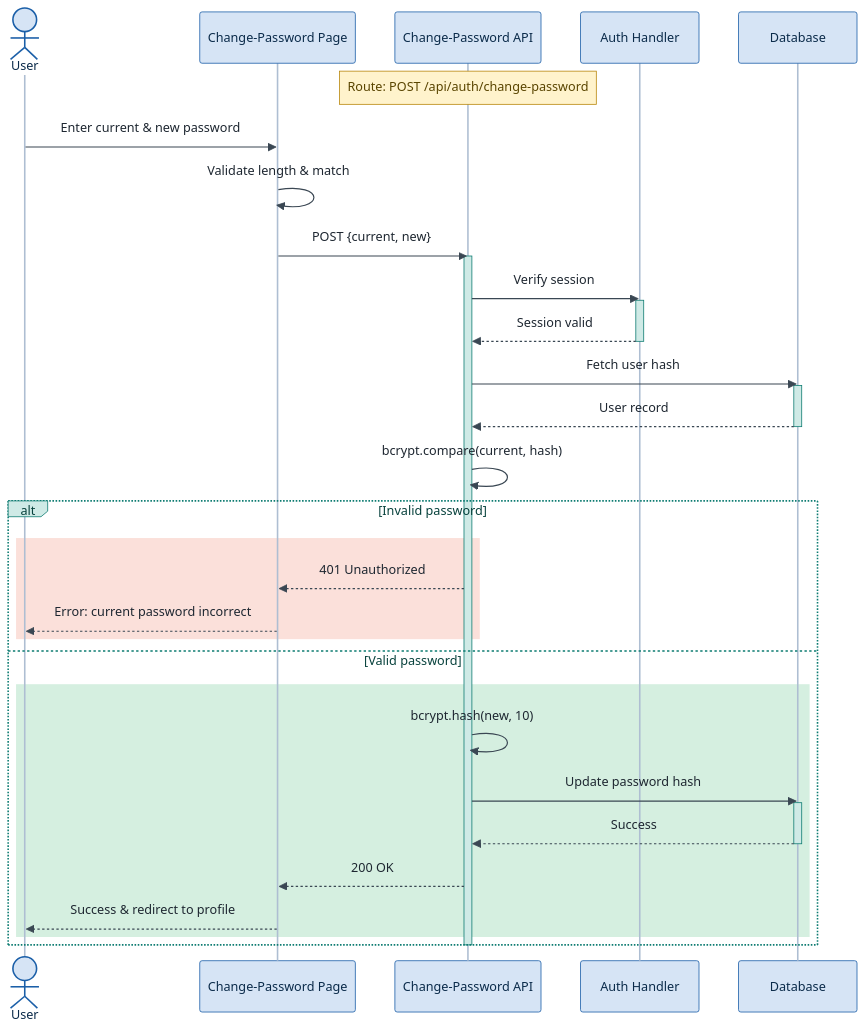
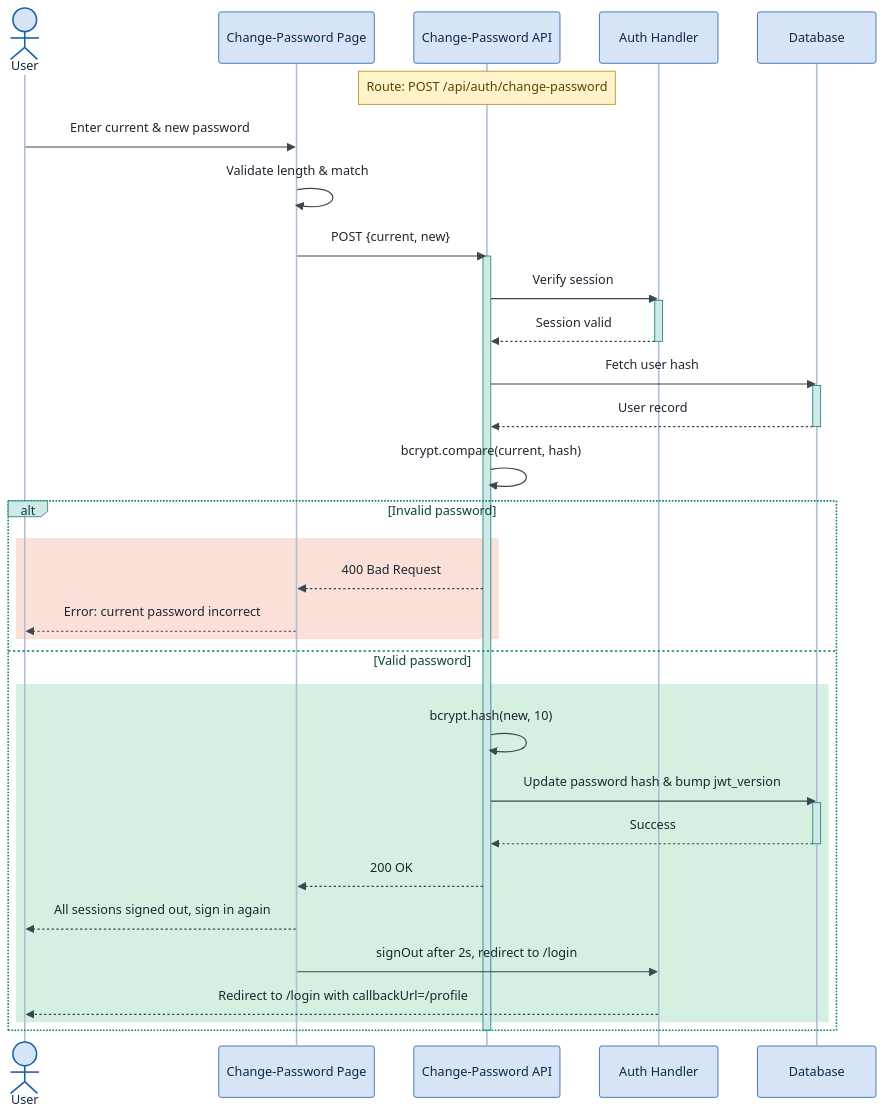
The diagram in docs/source/appendix/password_change_feature.rst (KennyGraham1/catalogofcatalogs), drawn with Mermaid before and after one commit. The commit also changed other lines of this file and 396 other files, not shown here.

```diff
--- a/docs/source/appendix/password_change_feature.rst
+++ b/docs/source/appendix/password_change_feature.rst
@@ -16,45 +16,47 @@
 .. mermaid::
    :align: center
 
    %%{init: {"theme":"base","themeVariables":{"fontFamily":"Inter, \"Helvetica Neue\", Arial, sans-serif","fontSize":"14px","actorBkg":"#D6E4F5","actorBorder":"#1B5FA8","actorTextColor":"#0B2B4A","actorLineColor":"#AEBED2","signalColor":"#3A4753","signalTextColor":"#1E2731","labelBoxBkgColor":"#CFEAE6","labelBoxBorderColor":"#0E7C72","labelTextColor":"#08423D","loopTextColor":"#08423D","noteBkgColor":"#FFF3CC","noteBorderColor":"#B8860B","noteTextColor":"#5A4500","activationBkgColor":"#CFEAE6","activationBorderColor":"#0E7C72"}}}%%
    sequenceDiagram
        actor User
        participant UI as Change-Password Page
        participant API as Change-Password API
        participant Auth as Auth Handler
        participant DB as Database
 
        Note over API: Route: POST /api/auth/change-password
        User->>UI: Enter current & new password
        UI->>UI: Validate length & match
        UI->>API: POST {current, new}
 
        activate API
        API->>Auth: Verify session
        activate Auth
        Auth-->>API: Session valid
        deactivate Auth
 
        API->>DB: Fetch user hash
        activate DB
        DB-->>API: User record
        deactivate DB
 
        API->>API: bcrypt.compare(current, hash)
        alt Invalid password
            rect rgb(251,224,218)
-               API-->>UI: 401 Unauthorized
+               API-->>UI: 400 Bad Request
                UI-->>User: Error: current password incorrect
            end
        else Valid password
            rect rgb(213,239,224)
                API->>API: bcrypt.hash(new, 10)
-               API->>DB: Update password hash
+               API->>DB: Update password hash & bump jwt_version
                activate DB
                DB-->>API: Success
                deactivate DB
                API-->>UI: 200 OK
-               UI-->>User: Success & redirect to profile
+               UI-->>User: All sessions signed out, sign in again
+               UI->>Auth: signOut after 2s, redirect to /login
+               Auth-->>User: Redirect to /login with callbackUrl=/profile
            end
        end
        deactivate API
```
